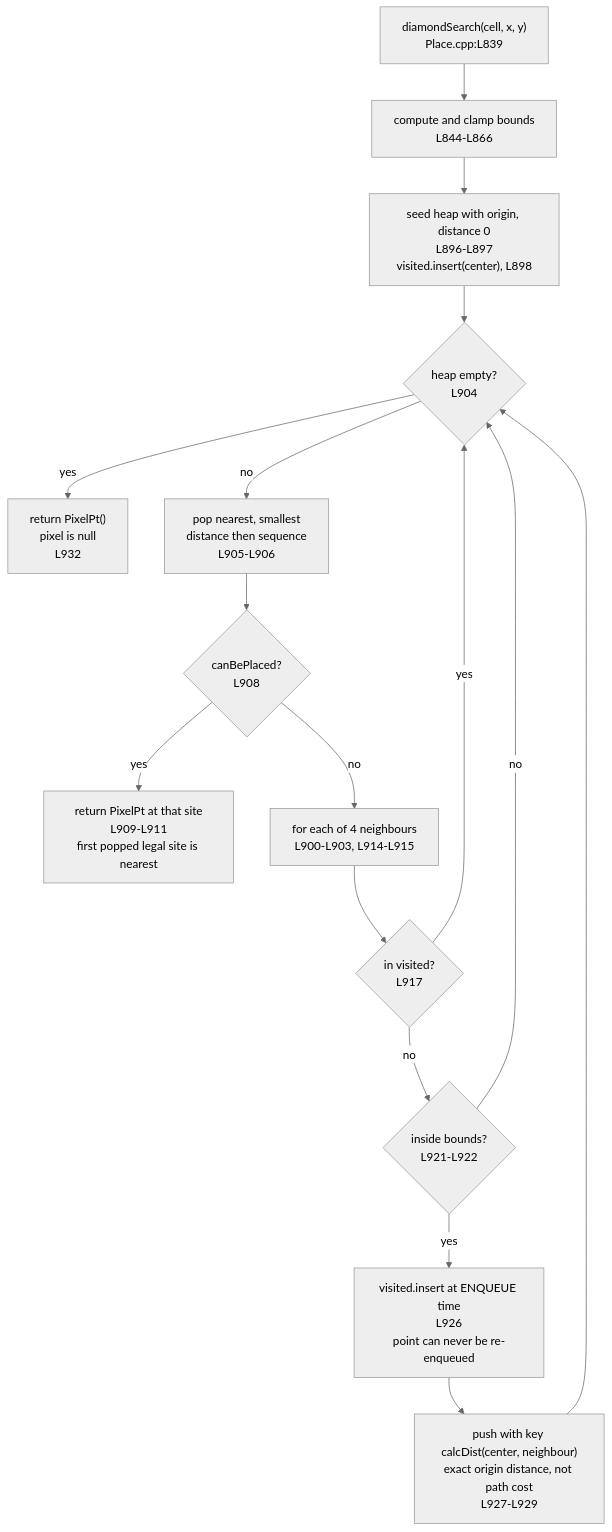
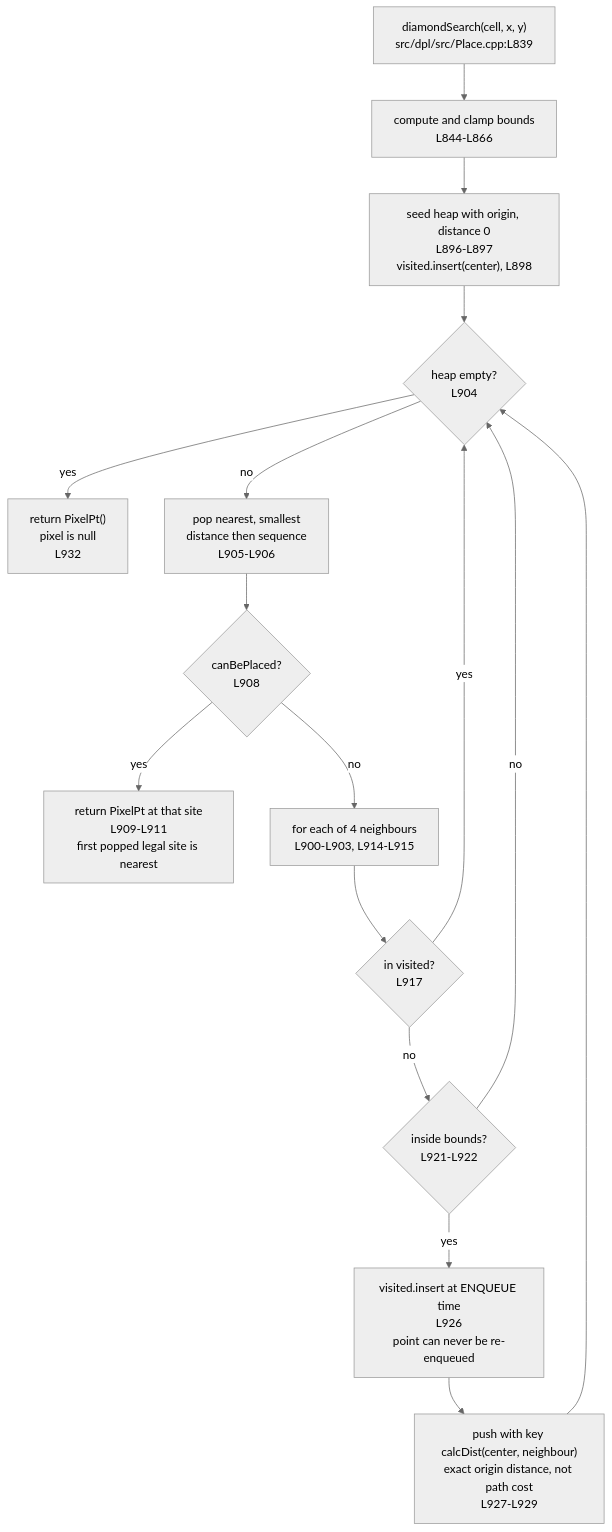
The fourth of 8 diagrams in src/dpl/doc/LegalizationAlgorithm.md (blitzy-research/OpenROAD), drawn with Mermaid (neutral theme) before and after one commit. The commit also changed other lines of this file and 3 other files, not shown here.

````diff
--- a/src/dpl/doc/LegalizationAlgorithm.md
+++ b/src/dpl/doc/LegalizationAlgorithm.md
@@ -1346,18 +1346,18 @@
 ```mermaid
 flowchart TD
-    A["diamondSearch(cell, x, y)<br/>Place.cpp:L839"] --> B["compute and clamp bounds<br/>L844-L866"]
+    A["diamondSearch(cell, x, y)<br/>src/dpl/src/Place.cpp:L839"] --> B["compute and clamp bounds<br/>L844-L866"]
     B --> C["seed heap with origin, distance 0<br/>L896-L897<br/>visited.insert(center), L898"]
     C --> D{"heap empty?<br/>L904"}
     D -->|yes| E["return PixelPt()<br/>pixel is null<br/>L932"]
     D -->|no| F["pop nearest, smallest<br/>distance then sequence<br/>L905-L906"]
     F --> G{"canBePlaced?<br/>L908"}
     G -->|yes| H["return PixelPt at that site<br/>L909-L911<br/>first popped legal site is nearest"]
     G -->|no| I["for each of 4 neighbours<br/>L900-L903, L914-L915"]
     I --> J{"in visited?<br/>L917"}
     J -->|yes| D
     J -->|no| K{"inside bounds?<br/>L921-L922"}
     K -->|no| D
     K -->|yes| L["visited.insert at ENQUEUE time<br/>L926<br/>point can never be re-enqueued"]
     L --> M["push with key calcDist(center, neighbour)<br/>exact origin distance, not path cost<br/>L927-L929"]
     M --> D
 ```
````
